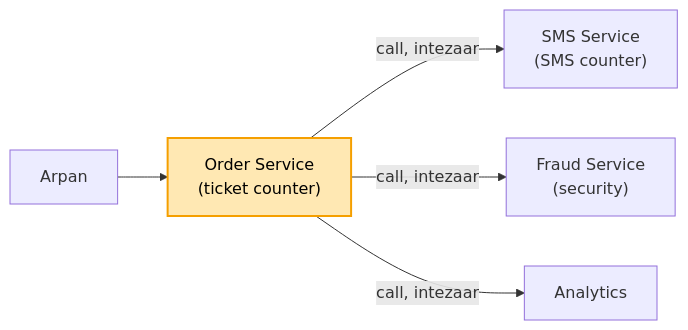
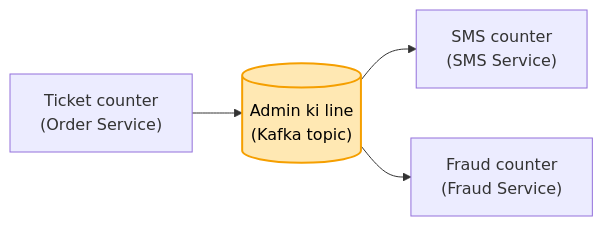
One commit to ArpanMaheshwari144/Prep changed the first of 4 diagrams in 04_HLD/SYSTEM_DESIGNS/12_message_queue_kafka/12_message_queue_kafka.md. Above: the diagram before and after it, drawn with Mermaid. The commit also changed other lines of this file and 13 other files, not shown here.

````diff
--- a/04_HLD/SYSTEM_DESIGNS/12_message_queue_kafka/12_message_queue_kafka.md
+++ b/04_HLD/SYSTEM_DESIGNS/12_message_queue_kafka/12_message_queue_kafka.md
@@ -55,8 +35,7 @@
 ```mermaid
 flowchart LR
-    U["Arpan"] --> O["Order Service<br/>(ticket counter)"]
-    O -- "call, intezaar" --> S["SMS Service<br/>(SMS counter)"]
-    O -- "call, intezaar" --> F["Fraud Service<br/>(security)"]
-    O -- "call, intezaar" --> A["Analytics"]
-    style O fill:#ffe8b3,stroke:#f59f00,stroke-width:2px,color:#000
+    O["Ticket counter<br/>(Order Service)"] --> K[("Admin ki line<br/>(Kafka topic)")]
+    K --> S["SMS counter<br/>(SMS Service)"]
+    K --> F["Fraud counter<br/>(Fraud Service)"]
+    style K fill:#ffe8b3,stroke:#f59f00,stroke-width:2px,color:#000
 ```
````
